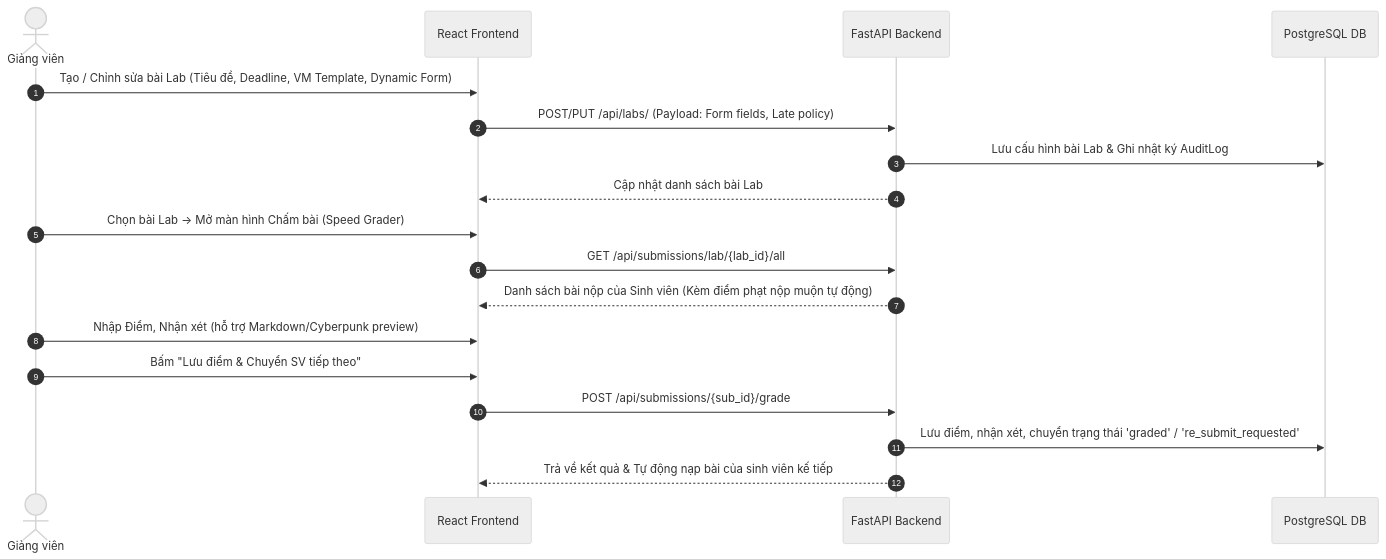
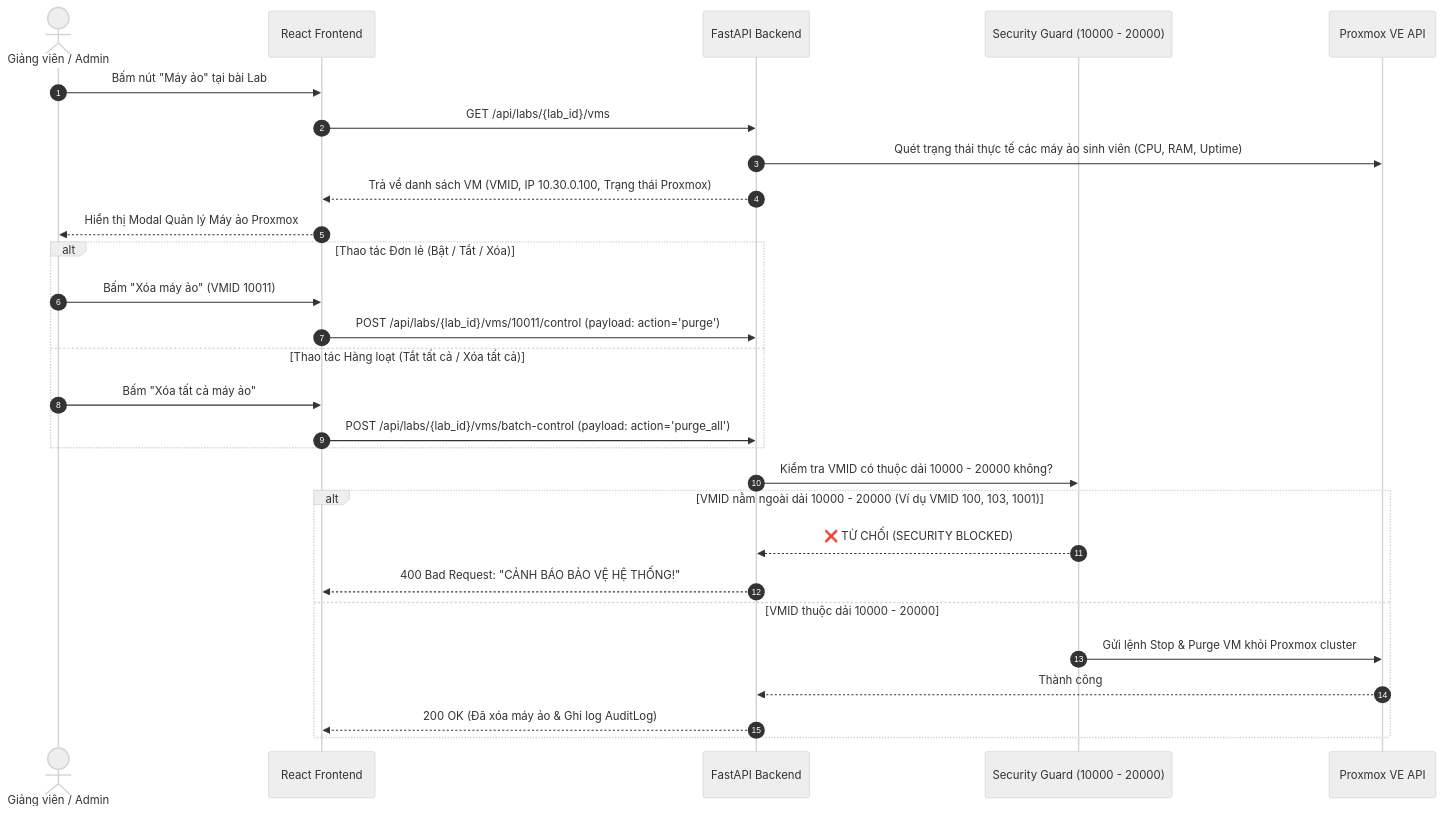
Before and after one commit to ManhPP/MalSecLMS: the fourth of 4 diagrams in SYSTEM_ARCHITECTURE.md, drawn with Mermaid (neutral theme). The commit also changed other lines of this file, not shown here.

Commit message:
docs: update system architecture documentation to reflect current design changes

````diff
--- a/SYSTEM_ARCHITECTURE.md
+++ b/SYSTEM_ARCHITECTURE.md
@@ -141,22 +153,33 @@
 ```mermaid
 sequenceDiagram
     autonumber
-    actor Instructor as Giảng viên
+    actor User as Giảng viên / Admin
     participant React as React Frontend
     participant API as FastAPI Backend
-    participant DB as PostgreSQL DB
+    participant Guard as Security Guard (10000 - 20000)
+    participant PVE as Proxmox VE API
 
-    Instructor->>React: Tạo / Chỉnh sửa bài Lab (Tiêu đề, Deadline, VM Template, Dynamic Form)
-    React->>API: POST/PUT /api/labs/ (Payload: Form fields, Late policy)
-    API->>DB: Lưu cấu hình bài Lab & Ghi nhật ký AuditLog
-    API-->>React: Cập nhật danh sách bài Lab
-    
-    Instructor->>React: Chọn bài Lab -> Mở màn hình Chấm bài (Speed Grader)
-    React->>API: GET /api/submissions/lab/{lab_id}/all
-    API-->>React: Danh sách bài nộp của Sinh viên (Kèm điểm phạt nộp muộn tự động)
-    Instructor->>React: Nhập Điểm, Nhận xét (hỗ trợ Markdown/Cyberpunk preview)
-    Instructor->>React: Bấm "Lưu điểm & Chuyển SV tiếp theo"
-    React->>API: POST /api/submissions/{sub_id}/grade
-    API->>DB: Lưu điểm, nhận xét, chuyển trạng thái 'graded' / 're_submit_requested'
-    API-->>React: Trả về kết quả & Tự động nạp bài của sinh viên kế tiếp
+    User->>React: Bấm nút "Máy ảo" tại bài Lab
+    React->>API: GET /api/labs/{lab_id}/vms
+    API->>PVE: Quét trạng thái thực tế các máy ảo sinh viên (CPU, RAM, Uptime)
+    API-->>React: Trả về danh sách VM (VMID, IP 10.30.0.100, Trạng thái Proxmox)
+    React-->>User: Hiển thị Modal Quản lý Máy ảo Proxmox
+
+    alt Thao tác Đơn lẻ (Bật / Tắt / Xóa)
+        User->>React: Bấm "Xóa máy ảo" (VMID 10011)
+        React->>API: POST /api/labs/{lab_id}/vms/10011/control (payload: action='purge')
+    else Thao tác Hàng loạt (Tắt tất cả / Xóa tất cả)
+        User->>React: Bấm "Xóa tất cả máy ảo"
+        React->>API: POST /api/labs/{lab_id}/vms/batch-control (payload: action='purge_all')
+    end
+
+    API->>Guard: Kiểm tra VMID có thuộc dải 10000 - 20000 không?
+    alt VMID nằm ngoài dải 10000 - 20000 (Ví dụ VMID 100, 103, 1001)
+        Guard-->>API: ❌ TỪ CHỐI (SECURITY BLOCKED)
+        API-->>React: 400 Bad Request: "CẢNH BÁO BẢO VỆ HỆ THỐNG!"
+    else VMID thuộc dải 10000 - 20000
+        Guard->>PVE: Gửi lệnh Stop & Purge VM khỏi Proxmox cluster
+        PVE-->>API: Thành công
+        API-->>React: 200 OK (Đã xóa máy ảo & Ghi log AuditLog)
+    end
 ```
````
